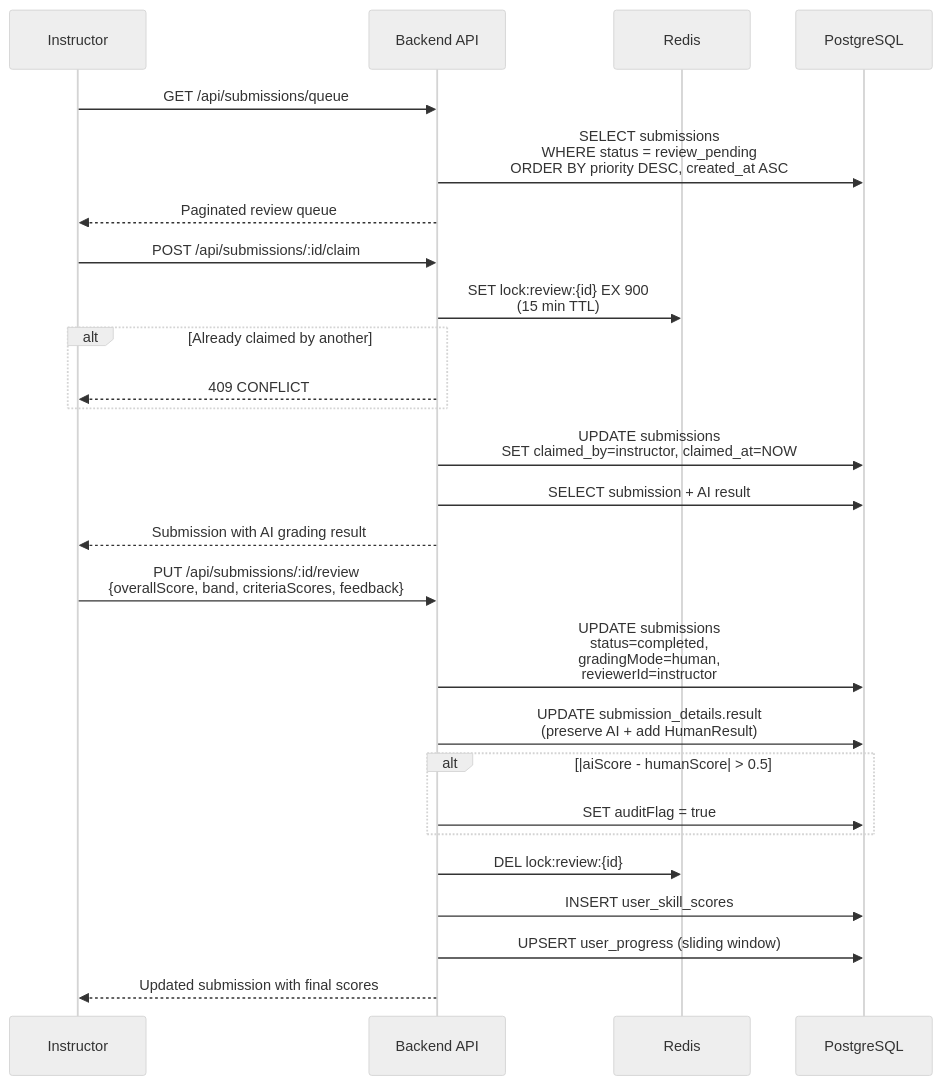
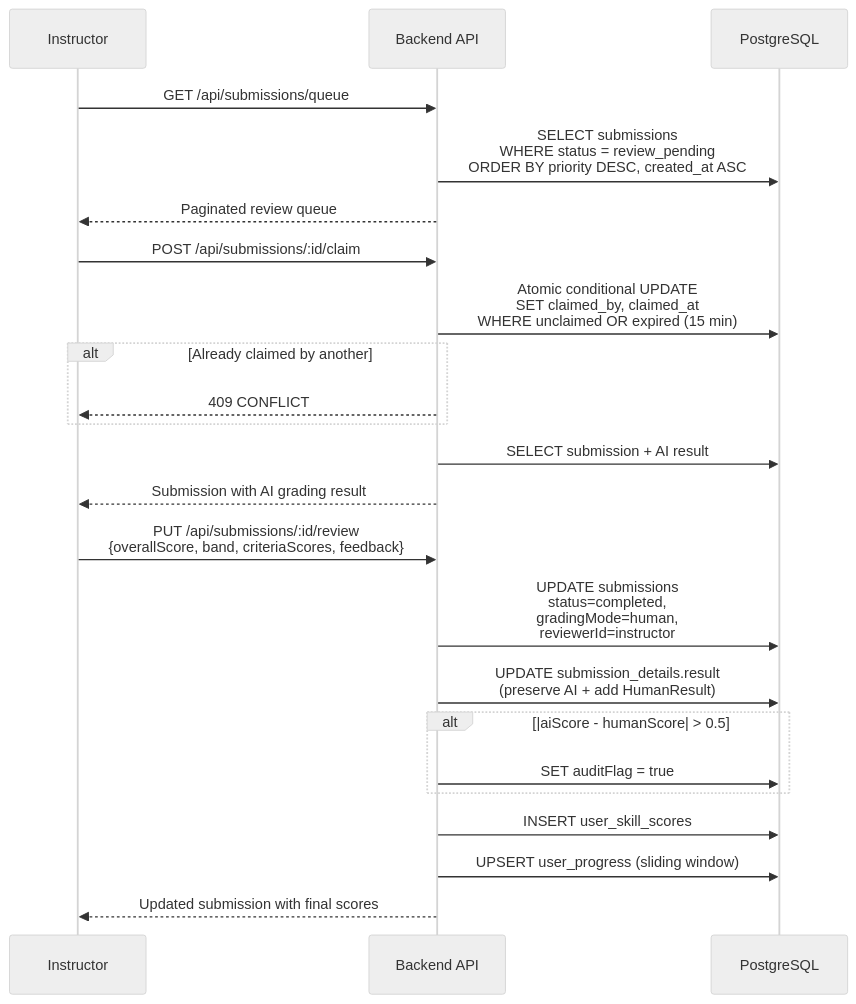
The tenth of 16 diagrams in docs/capstone/reports/VI/report4-software-design-document.md (81CuongVn/VSTEP), drawn with Mermaid (neutral theme) before and after one commit. The commit also changed other lines of this file and 1 other file, not shown here.

````diff
--- a/docs/capstone/reports/VI/report4-software-design-document.md
+++ b/docs/capstone/reports/VI/report4-software-design-document.md
@@ -589,36 +588,33 @@
 ```mermaid
 sequenceDiagram
     participant I as Instructor
     participant B as Backend API
-    participant R as Redis
     participant DB as PostgreSQL
 
     I->>B: GET /api/submissions/queue
     B->>DB: SELECT submissions<br/>WHERE status = review_pending<br/>ORDER BY priority DESC, created_at ASC
     B-->>I: Paginated review queue
 
     I->>B: POST /api/submissions/:id/claim
-    B->>R: SET lock:review:{id} EX 900<br/>(15 min TTL)
+    B->>DB: Atomic conditional UPDATE<br/>SET claimed_by, claimed_at<br/>WHERE unclaimed OR expired (15 min)
 
     alt Already claimed by another
         B-->>I: 409 CONFLICT
     end
 
-    B->>DB: UPDATE submissions<br/>SET claimed_by=instructor, claimed_at=NOW
     B->>DB: SELECT submission + AI result
     B-->>I: Submission with AI grading result
 
     I->>B: PUT /api/submissions/:id/review<br/>{overallScore, band, criteriaScores, feedback}
 
     B->>DB: UPDATE submissions<br/>status=completed,<br/>gradingMode=human,<br/>reviewerId=instructor
     B->>DB: UPDATE submission_details.result<br/>(preserve AI + add HumanResult)
 
     alt |aiScore - humanScore| > 0.5
         B->>DB: SET auditFlag = true
     end
 
-    B->>R: DEL lock:review:{id}
     B->>DB: INSERT user_skill_scores
     B->>DB: UPSERT user_progress (sliding window)
     B-->>I: Updated submission with final scores
 ```
````
